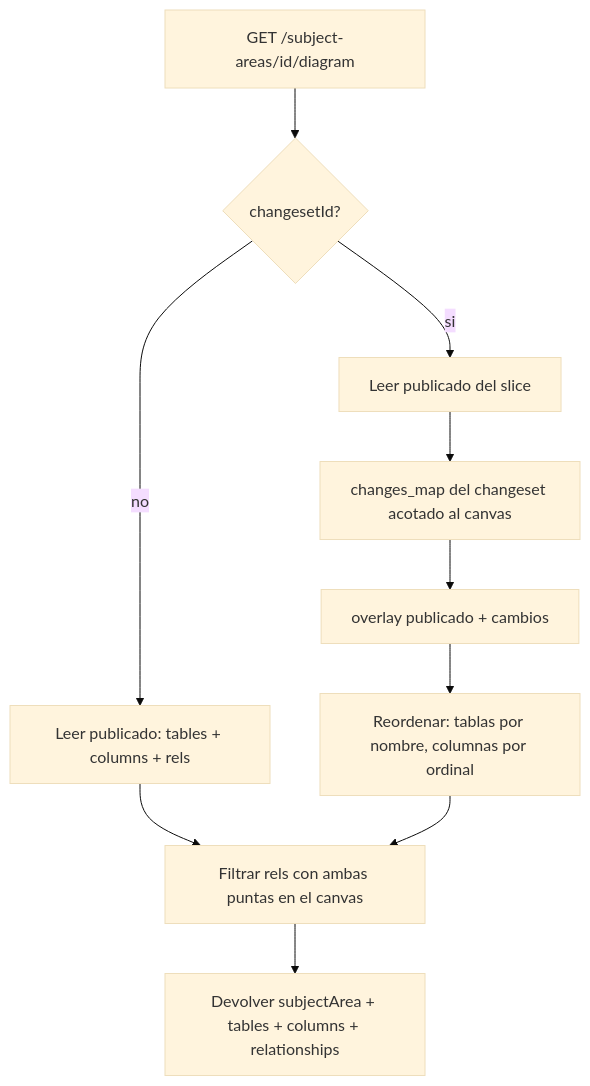
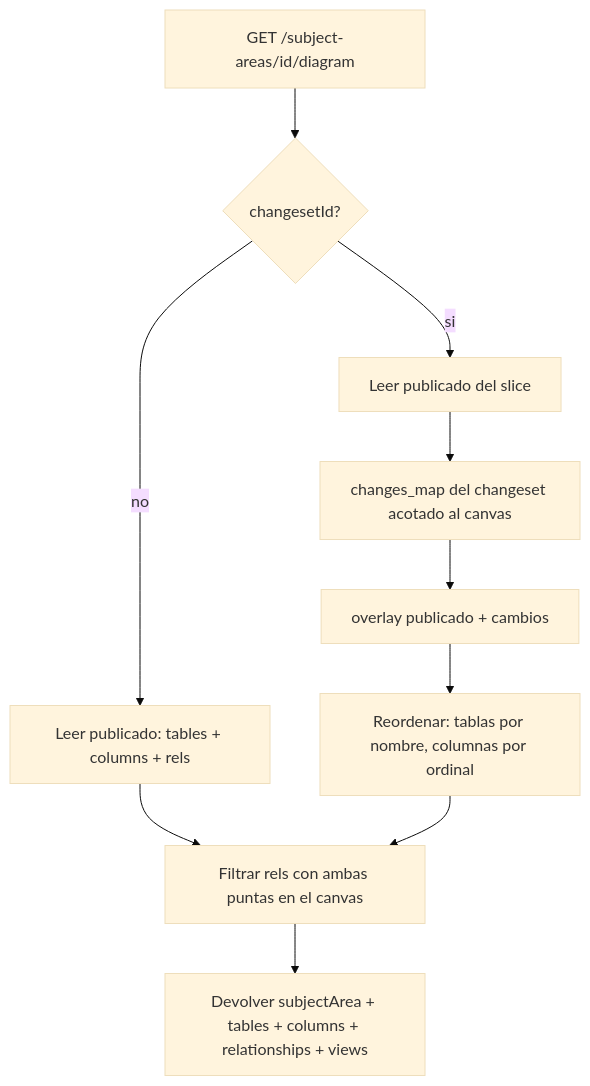
The fifth of 9 diagrams in doc/api-contract.md (Carlosmps97/backend-data-model-hub), drawn with Mermaid (base theme) before and after one commit. The commit also changed other lines of this file and 8 other files, not shown here.

````diff
--- a/doc/api-contract.md
+++ b/doc/api-contract.md
@@ -1793,12 +2177,12 @@
 ```mermaid
 flowchart TD
   A[GET /subject-areas/id/diagram] --> B{changesetId?}
   B -->|no| C[Leer publicado: tables + columns + rels]
   B -->|si| D[Leer publicado del slice]
   D --> E[changes_map del changeset acotado al canvas]
   E --> F[overlay publicado + cambios]
   F --> G[Reordenar: tablas por nombre, columnas por ordinal]
   C --> H[Filtrar rels con ambas puntas en el canvas]
   G --> H
-  H --> I[Devolver subjectArea + tables + columns + relationships]
+  H --> I[Devolver subjectArea + tables + columns + relationships + views]
 ```
````
